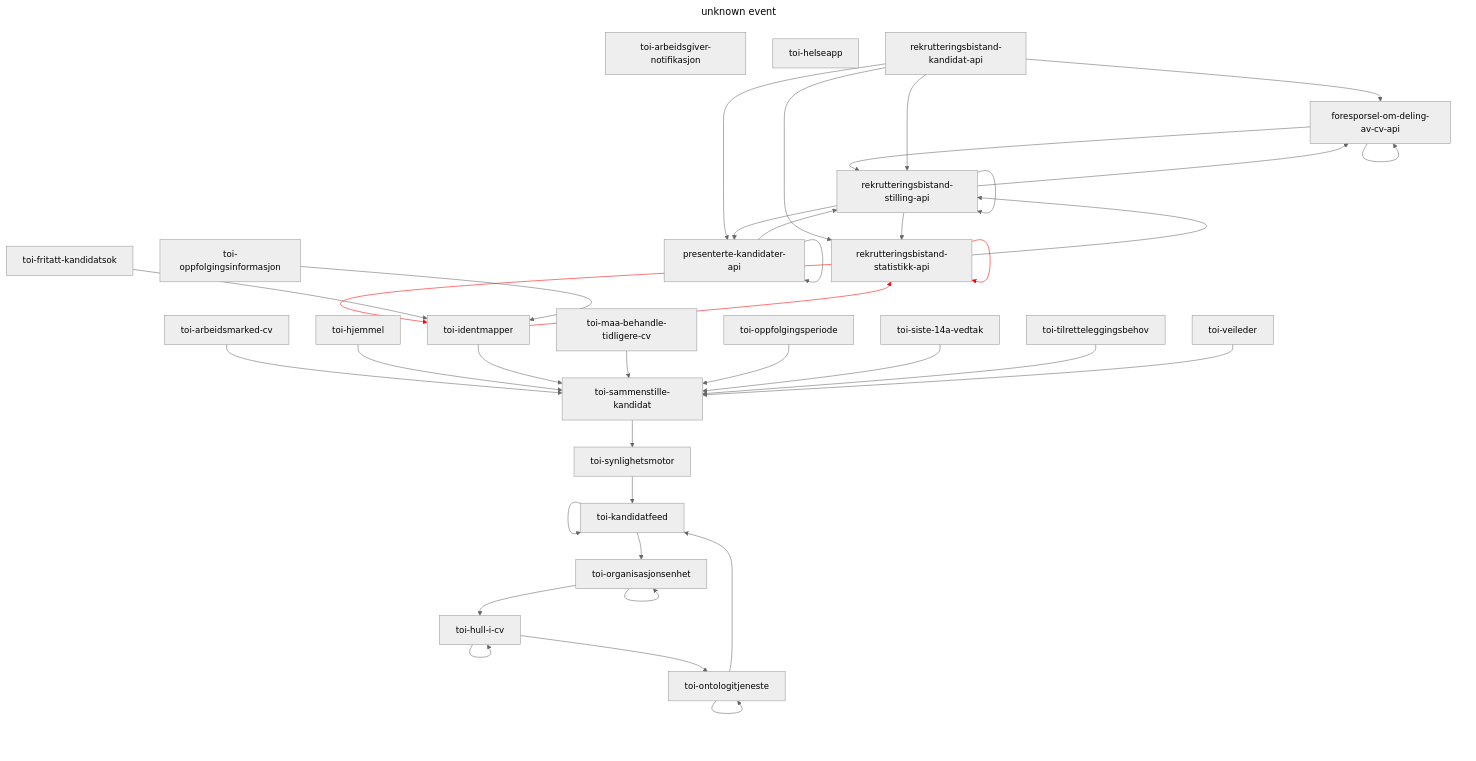
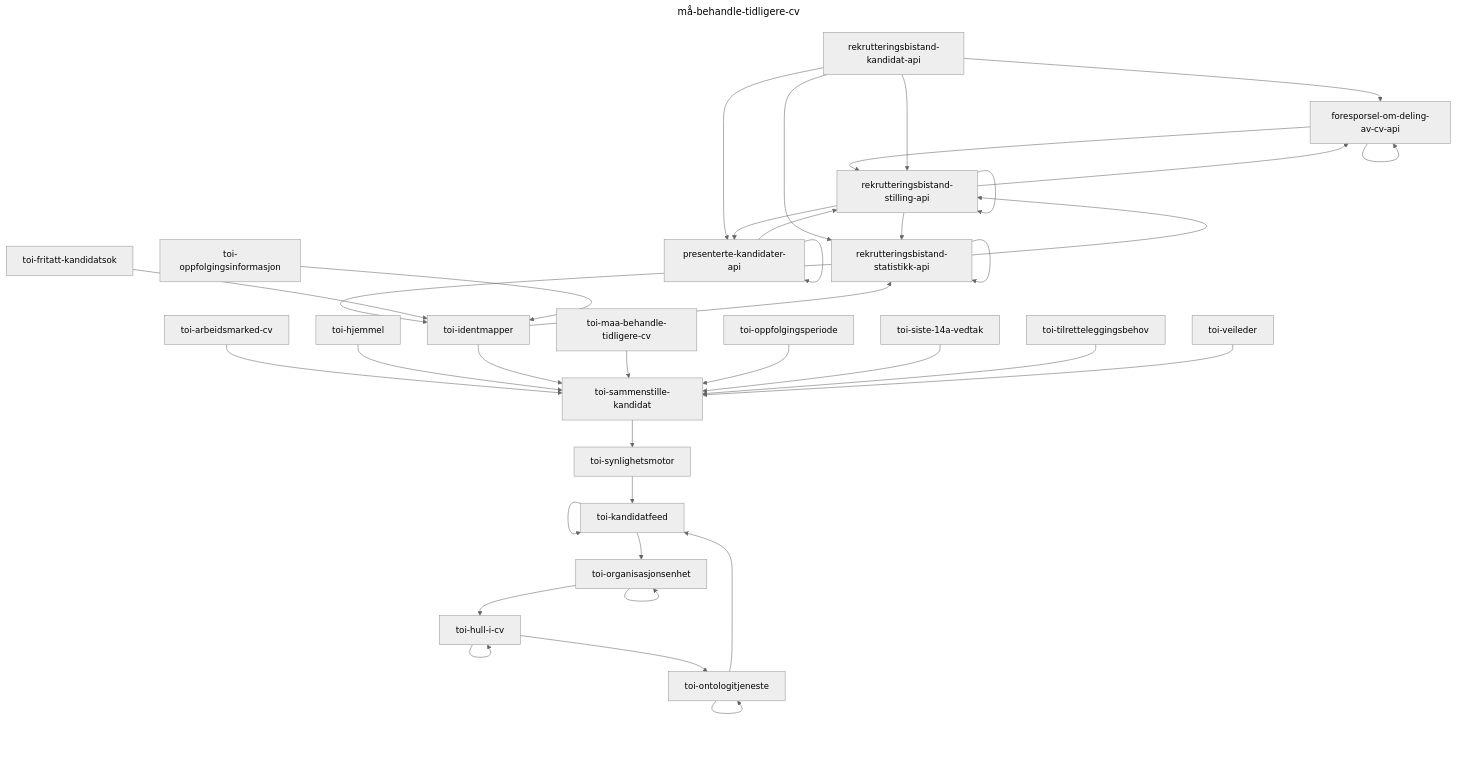
Before and after one commit to navikt/toi-rapids-and-rivers-grapher: diagram 16 of 34 in README.md, drawn with Mermaid (neutral theme). The commit also changed other lines of this file, not shown here.

````diff
--- a/README.md
+++ b/README.md
@@ -763,48 +670,44 @@
 ```mermaid
 ---
-title: unknown event
+title: må-behandle-tidligere-cv
 ---
 graph TD;
-toi-arbeidsgiver-notifikasjon;
-toi-helseapp;
 foresporsel-om-deling-av-cv-api --> foresporsel-om-deling-av-cv-api;
 foresporsel-om-deling-av-cv-api --> rekrutteringsbistand-stilling-api;
 presenterte-kandidater-api --> presenterte-kandidater-api;
 presenterte-kandidater-api --> rekrutteringsbistand-stilling-api;
 rekrutteringsbistand-kandidat-api --> foresporsel-om-deling-av-cv-api;
 rekrutteringsbistand-kandidat-api --> presenterte-kandidater-api;
 rekrutteringsbistand-kandidat-api --> rekrutteringsbistand-statistikk-api;
 rekrutteringsbistand-kandidat-api --> rekrutteringsbistand-stilling-api;
 rekrutteringsbistand-statistikk-api --> rekrutteringsbistand-statistikk-api;
 rekrutteringsbistand-statistikk-api --> rekrutteringsbistand-stilling-api;
 rekrutteringsbistand-statistikk-api --> toi-identmapper;
 rekrutteringsbistand-stilling-api --> foresporsel-om-deling-av-cv-api;
 rekrutteringsbistand-stilling-api --> presenterte-kandidater-api;
 rekrutteringsbistand-stilling-api --> rekrutteringsbistand-statistikk-api;
 rekrutteringsbistand-stilling-api --> rekrutteringsbistand-stilling-api;
 toi-arbeidsmarked-cv --> toi-sammenstille-kandidat;
 toi-fritatt-kandidatsok --> toi-identmapper;
 toi-hjemmel --> toi-sammenstille-kandidat;
 toi-hull-i-cv --> toi-hull-i-cv;
 toi-hull-i-cv --> toi-ontologitjeneste;
 toi-identmapper --> rekrutteringsbistand-statistikk-api;
 toi-identmapper --> toi-sammenstille-kandidat;
 toi-kandidatfeed --> toi-kandidatfeed;
 toi-kandidatfeed --> toi-organisasjonsenhet;
 toi-maa-behandle-tidligere-cv --> toi-sammenstille-kandidat;
 toi-ontologitjeneste --> toi-kandidatfeed;
 toi-ontologitjeneste --> toi-ontologitjeneste;
 toi-oppfolgingsinformasjon --> toi-identmapper;
 toi-oppfolgingsperiode --> toi-sammenstille-kandidat;
 toi-organisasjonsenhet --> toi-hull-i-cv;
 toi-organisasjonsenhet --> toi-organisasjonsenhet;
 toi-sammenstille-kandidat --> toi-synlighetsmotor;
 toi-siste-14a-vedtak --> toi-sammenstille-kandidat;
 toi-synlighetsmotor --> toi-kandidatfeed;
 toi-tilretteleggingsbehov --> toi-sammenstille-kandidat;
 toi-veileder --> toi-sammenstille-kandidat;
 
-linkStyle 8 stroke:red;
-linkStyle 10 stroke:red;
-linkStyle 20 stroke:red;
+
 ```
````
